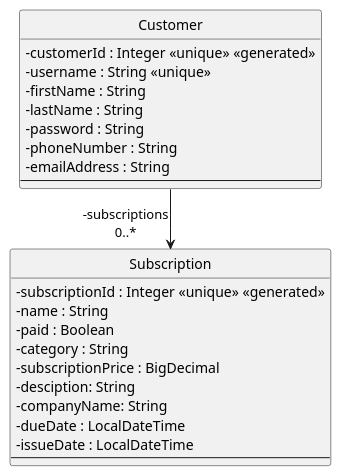
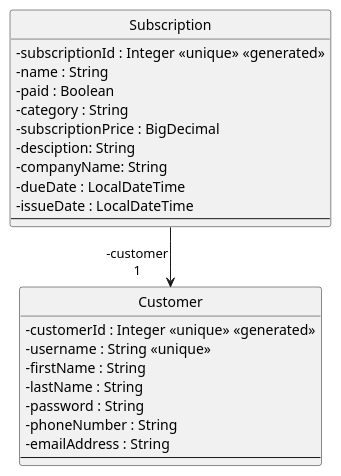
The diagram in diagrams/domainClassDiagram.puml (62firelight/SubTrack), drawn with PlantUML before and after one commit.

Commit message:
Reversed Customer-Subscription association
References #2.

```diff
--- a/diagrams/domainClassDiagram.puml
+++ b/diagrams/domainClassDiagram.puml
@@ -1,54 +1,53 @@
 @startuml
 
 skinparam {
     Style strictuml
     RoundCorner 5
     ' use characters instead of icons for showing visibility
     ClassAttributeIconSize 0
     Database {
 	' the default border no longer matches the normal colours (bug?), so fix this
 	BorderColor #A80036
     }
     Sequence {
 	' make activations yellow too
 	LifeLineBackgroundColor #FDFDCD
 
 	' make stereotypes less ugly
 	Stereotype {
 		Font {
 			Size 11
 			Style plain
 		}
 	}
     }
 }
  
 class "Customer" as customer {
     -customerId : Integer <<unique>> <<generated>>
     -username : String <<unique>>
     -firstName : String
     -lastName : String
     -password : String
     -phoneNumber : String
     -emailAddress : String
     '-card_details? 
   --
 }
 
 class "Subscription" as sub {
     -subscriptionId : Integer <<unique>> <<generated>>
     -name : String
     -paid : Boolean
     -category : String
     -subscriptionPrice : BigDecimal
     -desciption: String
     -companyName: String
     -dueDate : LocalDateTime
     -issueDate : LocalDateTime
   --
 }
 
-customer --> "-subscriptions\n0..*" sub
-
+sub --> "-customer\n1" customer
 
 @enduml
```
